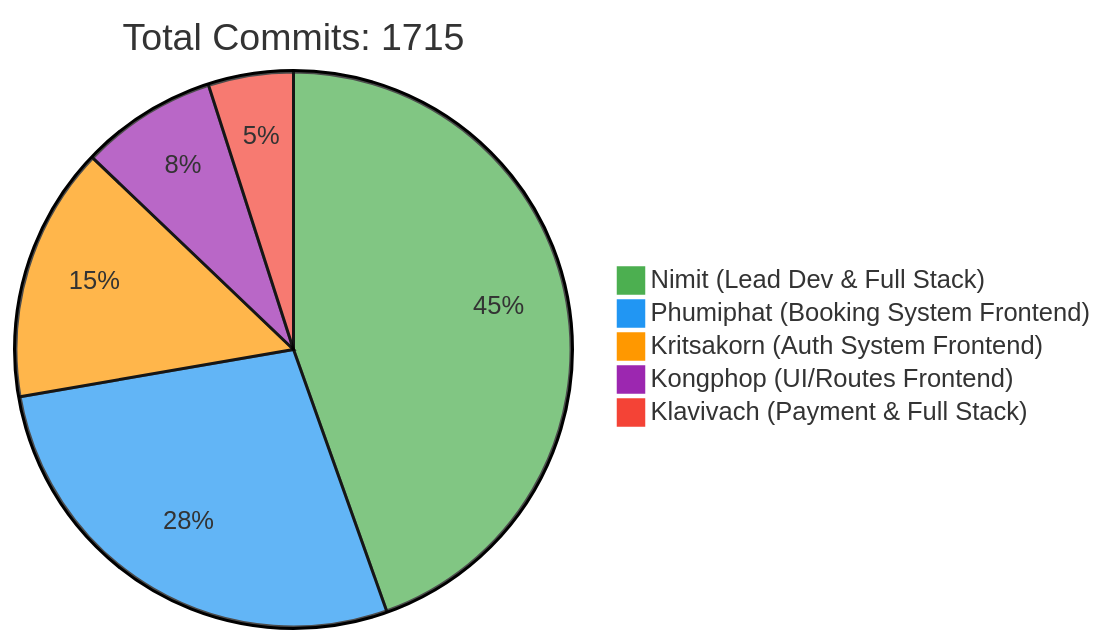
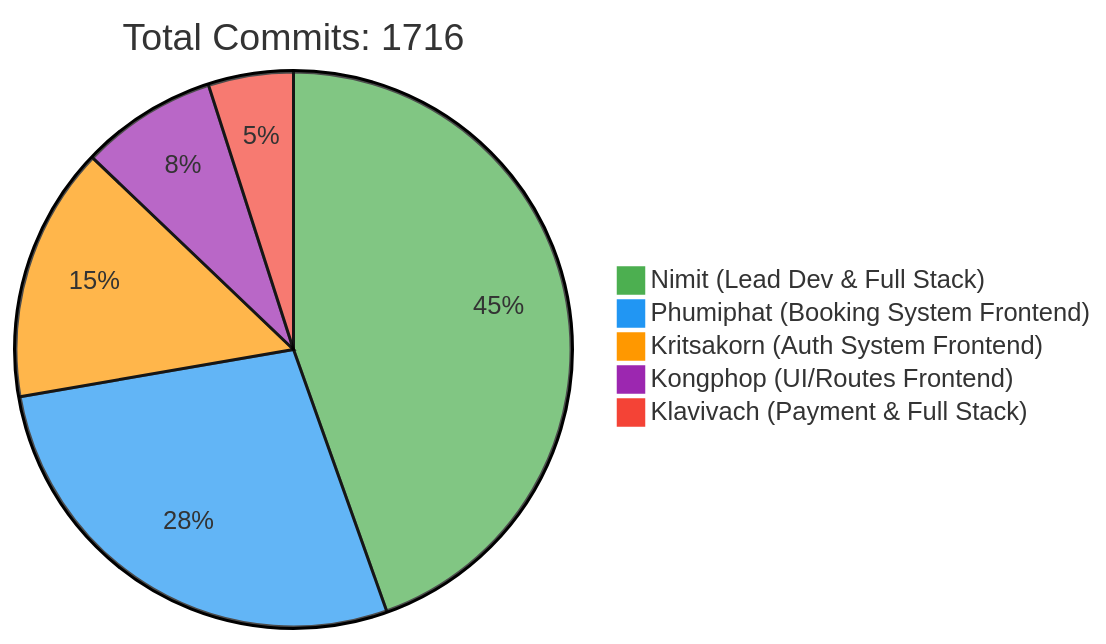
Before and after one commit to 6531503042/Sport-Complex: the first of 2 diagrams in README.md, drawn with Mermaid. The commit also changed other lines of this file, not shown here.

Commit message:
docs: Update contributor statistics [skip ci]

````diff
--- a/README.md
+++ b/README.md
@@ -257,10 +257,10 @@
 ```mermaid
 %%{init: {'theme': 'base', 'themeVariables': { 'pie1': '#4CAF50', 'pie2': '#2196F3', 'pie3': '#FF9800', 'pie4': '#9C27B0', 'pie5': '#F44336'}}}%%
 pie
-    title Total Commits: 1715
+    title Total Commits: 1716
     "Nimit (Lead Dev & Full Stack)" : 450
     "Phumiphat (Booking System Frontend)" : 280
     "Kritsakorn (Auth System Frontend)" : 150
     "Kongphop (UI/Routes Frontend)" : 80
     "Klavivach (Payment & Full Stack)" : 50
 ```
````
